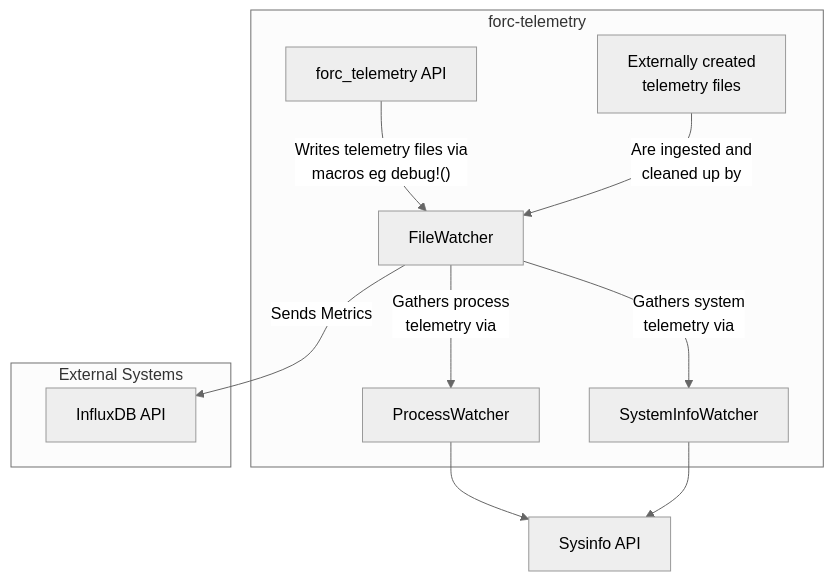
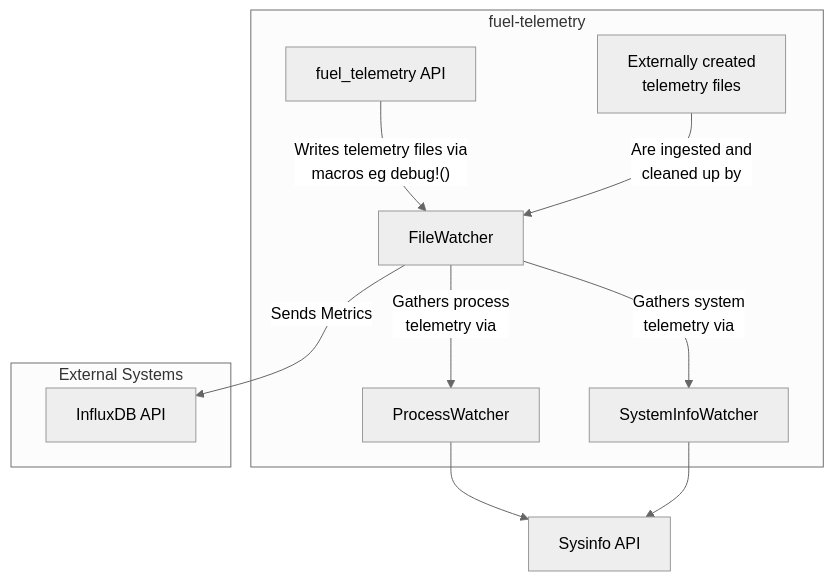
Before and after one commit to FuelLabs/fuel-telemetry: the second of 4 diagrams in docs/architecture.md, drawn with Mermaid (neutral theme). The commit also changed other lines of this file and 9 other files, not shown here.

Commit message:
Renaming crate to fuel-telemetry

````diff
--- a/docs/architecture.md
+++ b/docs/architecture.md
@@ -55,25 +55,25 @@
 ```mermaid
 graph TD
-  subgraph forc-telemetry
+  subgraph fuel-telemetry
     A[Externally created<br />telemetry files]
-    B[forc_telemetry API]
+    B[fuel_telemetry API]
     C[FileWatcher]
     D[ProcessWatcher]
     E[SystemInfoWatcher]
   end
 
     F[Sysinfo API]
 
   subgraph External Systems
     G[InfluxDB API]
   end
 
   B -->|"Writes telemetry files via<br />macros eg debug!()"| C
   A -->|"Are ingested and<br />cleaned up by"| C
 
   C -->|Sends Metrics| G
   C -->|Gathers process<br />telemetry via| D
   C -->|Gathers system<br />telemetry via| E
   D --> F
   E --> F
 ```
````
